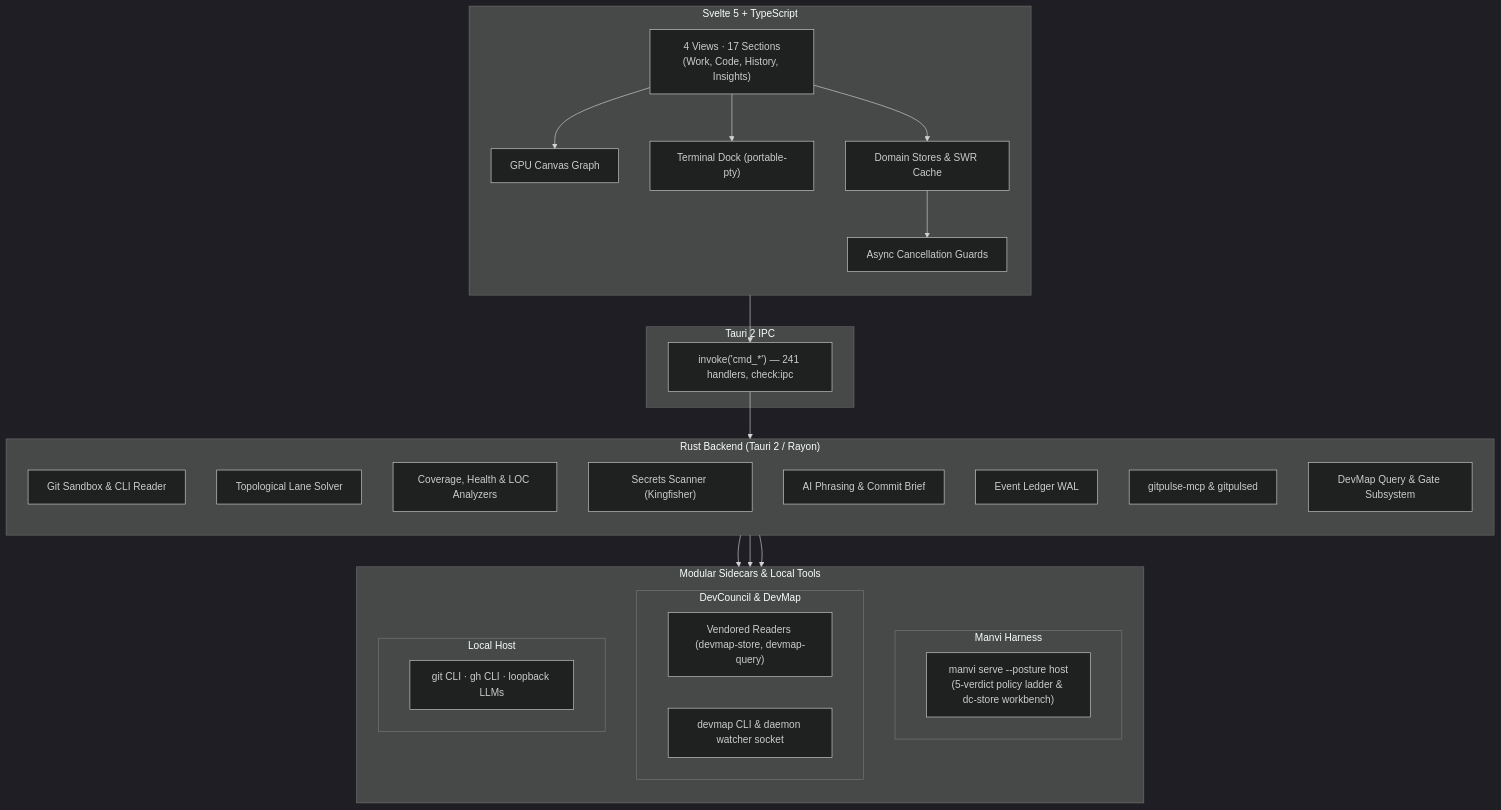
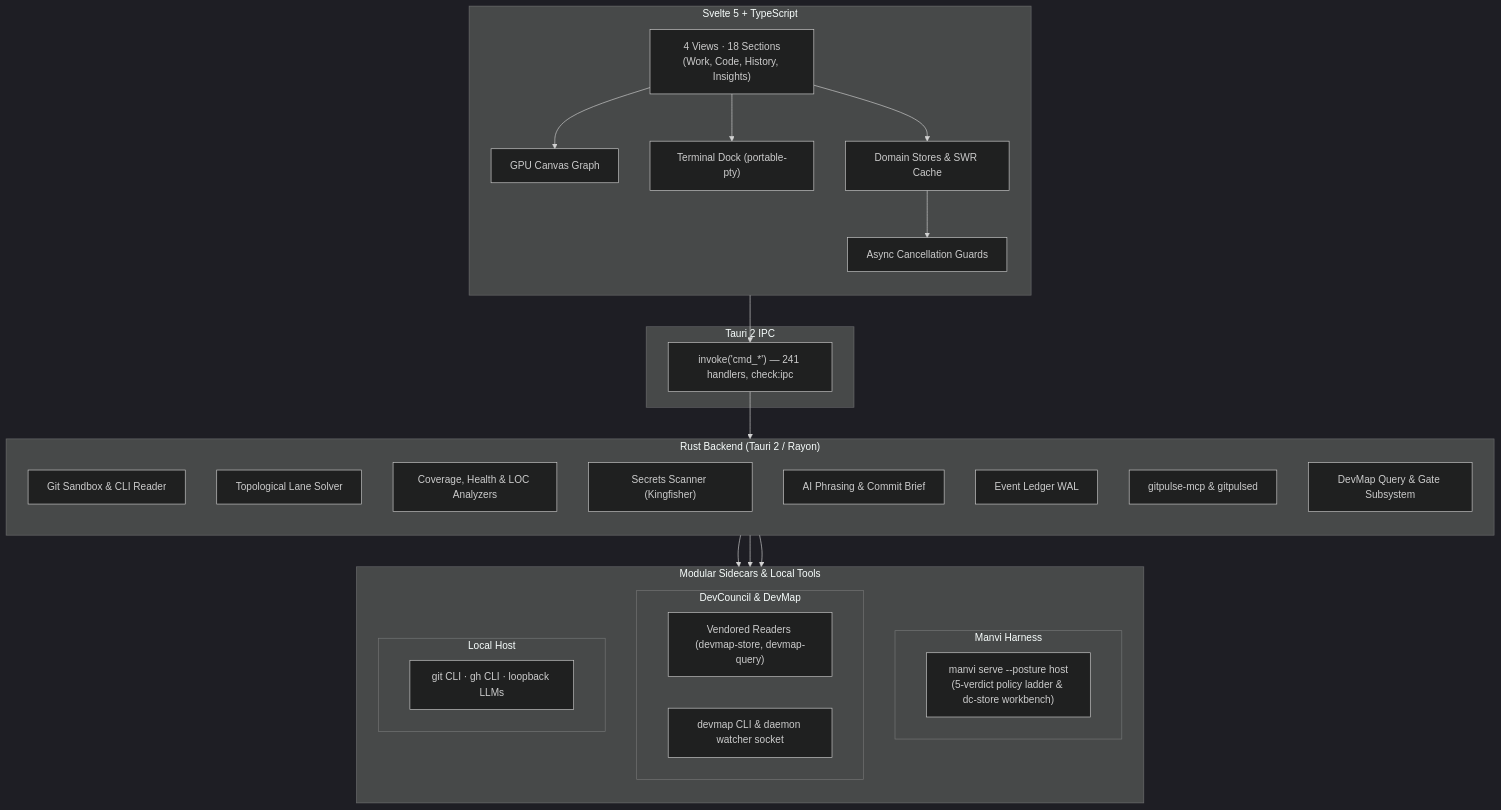
One commit to bharathvbcr/GitPulse changed the first of 2 diagrams in wiki/Architecture.md. Above: the diagram before and after it, drawn with Mermaid (dark theme). The commit also changed 14 other files, not shown here.

````diff
--- a/wiki/Architecture.md
+++ b/wiki/Architecture.md
@@ -7,50 +7,50 @@
 ```mermaid
 flowchart TB
     subgraph Frontend["Svelte 5 + TypeScript"]
         direction TB
-        Views["4 Views · 17 Sections<br/>(Work, Code, History, Insights)"]
+        Views["4 Views · 18 Sections<br/>(Work, Code, History, Insights)"]
         Canvas["GPU Canvas Graph"]
         Dock["Terminal Dock (portable-pty)"]
         Stores["Domain Stores & SWR Cache"]
         Guards["Async Cancellation Guards"]
         Views --> Canvas
         Views --> Dock
         Views --> Stores --> Guards
     end
 
     subgraph IPC["Tauri 2 IPC"]
         Bridge["invoke('cmd_*') — 241 handlers, check:ipc"]
     end
 
     subgraph Backend["Rust Backend (Tauri 2 / Rayon)"]
         direction TB
         Git["Git Sandbox & CLI Reader"]
         Graph["Topological Lane Solver"]
         Analyzers["Coverage, Health & LOC Analyzers"]
         Secrets["Secrets Scanner (Kingfisher)"]
         AI["AI Phrasing & Commit Brief"]
         Ledger["Event Ledger WAL"]
         MCP["gitpulse-mcp & gitpulsed"]
         DevMapSubsys["DevMap Query & Gate Subsystem"]
     end
 
     subgraph Integrations["Modular Sidecars & Local Tools"]
         direction TB
         subgraph ManviBox["Manvi Harness"]
             Manvi["manvi serve --posture host<br/>(5-verdict policy ladder & dc-store workbench)"]
         end
         subgraph DevCouncilBox["DevCouncil & DevMap"]
             Vendored["Vendored Readers (devmap-store, devmap-query)"]
             DevMapCLI["devmap CLI & daemon watcher socket"]
         end
         subgraph LocalBox["Local Host"]
             LocalTools["git CLI · gh CLI · loopback LLMs"]
         end
     end
 
     Guards --> Bridge
     Bridge --> Backend
     Backend --> ManviBox
     Backend --> DevCouncilBox
     Backend --> LocalBox
 ```
````
